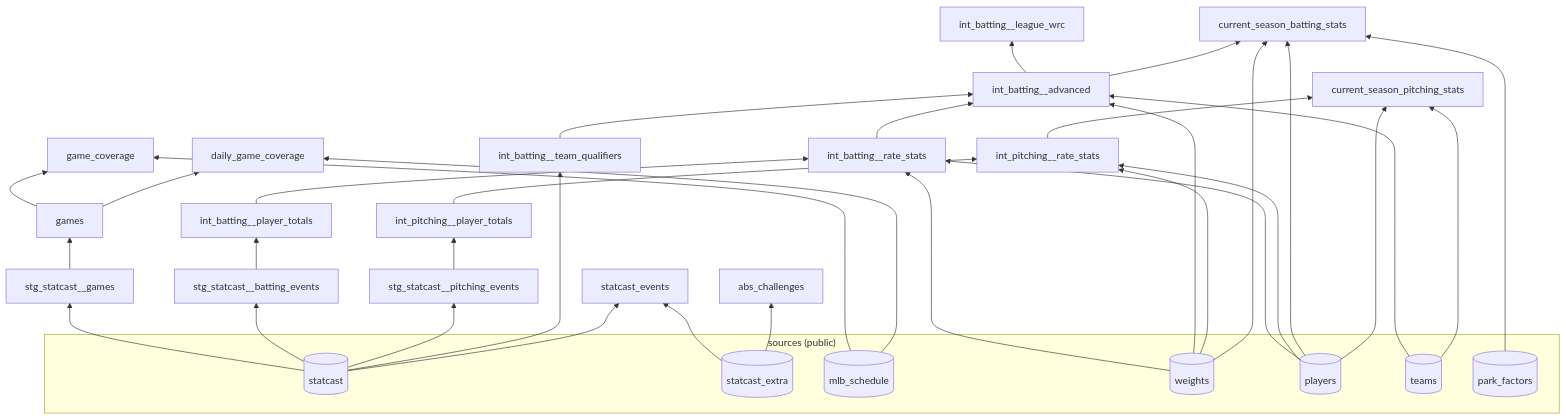
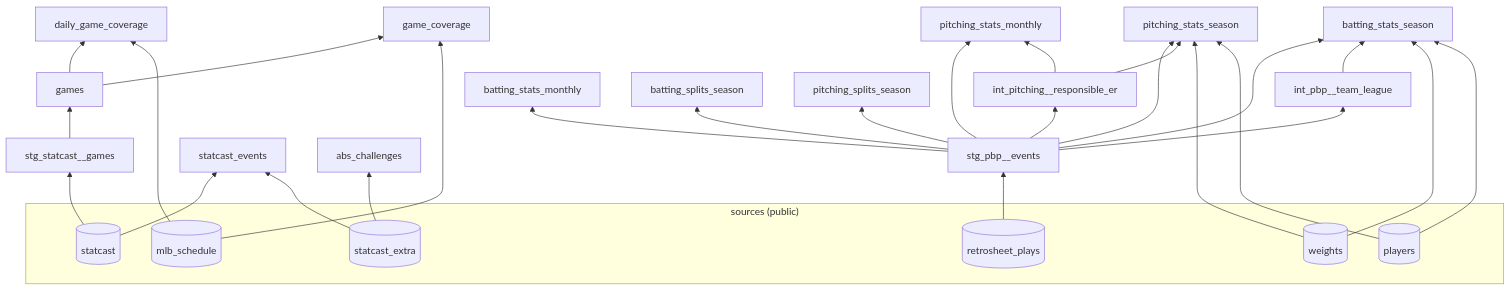
Before and after one commit to gurleen/sports-etl-scripts: the second of 2 diagrams in docs/lineage.md, drawn with Mermaid. The commit also changed other lines of this file and 59 other files, not shown here.

First line of the commit message:
refactor: remove Prefect, consolidate CLIs, drop Statcast season-stat models

````diff
--- a/docs/lineage.md
+++ b/docs/lineage.md
@@ -115,55 +73,55 @@
 ```mermaid
 flowchart BT
   subgraph sources["sources (public)"]
     statcast[(statcast)]
     extra[(statcast_extra)]
     schedule[(mlb_schedule)]
+    plays[(retrosheet_plays)]
     weights[(weights)]
     players[(players)]
-    teams[(teams)]
-    park[(park_factors)]
   end
 
   stg_games[stg_statcast__games]
-  stg_bat[stg_statcast__batting_events]
-  stg_pit[stg_statcast__pitching_events]
+  stg_pbp[stg_pbp__events]
+  int_league[int_pbp__team_league]
+  int_er[int_pitching__responsible_er]
+
   games[games]
   game_cov[game_coverage]
   daily_cov[daily_game_coverage]
   events[statcast_events]
   abs[abs_challenges]
-  int_tot[int_batting__player_totals]
-  int_rate[int_batting__rate_stats]
-  int_adv[int_batting__advanced]
-  int_lrc[int_batting__league_wrc]
-  int_tq[int_batting__team_qualifiers]
-  batting[current_season_batting_stats]
-  int_pit_tot[int_pitching__player_totals]
-  int_pit_rate[int_pitching__rate_stats]
-  pitching[current_season_pitching_stats]
+
+  bat_season[batting_stats_season]
+  pit_season[pitching_stats_season]
+  bat_month[batting_stats_monthly]
+  pit_month[pitching_stats_monthly]
+  bat_split[batting_splits_season]
+  pit_split[pitching_splits_season]
 
   statcast --> stg_games --> games
-  statcast --> stg_bat --> int_tot --> int_rate --> int_adv
-  statcast --> stg_pit --> int_pit_tot --> int_pit_rate --> pitching
-  int_adv --> int_lrc
-  int_adv --> batting
-  statcast --> int_tq --> int_adv
-  weights --> int_rate
-  weights --> int_adv
-  weights --> int_pit_rate
-  weights --> batting
-  players --> int_rate
-  players --> int_pit_rate
-  players --> batting
-  players --> pitching
-  teams --> int_adv
-  teams --> pitching
-  park --> batting
   games --> game_cov
   schedule --> game_cov
   games --> daily_cov
   schedule --> daily_cov
   statcast --> events
   extra --> events
   extra --> abs
+
+  plays --> stg_pbp
+  stg_pbp --> int_league
+  stg_pbp --> int_er
+  stg_pbp --> bat_season
+  int_league --> bat_season
+  stg_pbp --> pit_season
+  int_er --> pit_season
+  stg_pbp --> bat_month
+  stg_pbp --> pit_month
+  int_er --> pit_month
+  stg_pbp --> bat_split
+  stg_pbp --> pit_split
+  weights --> bat_season
+  weights --> pit_season
+  players --> bat_season
+  players --> pit_season
 ```
````
